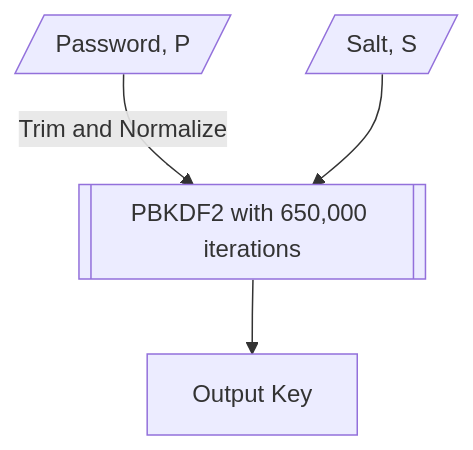
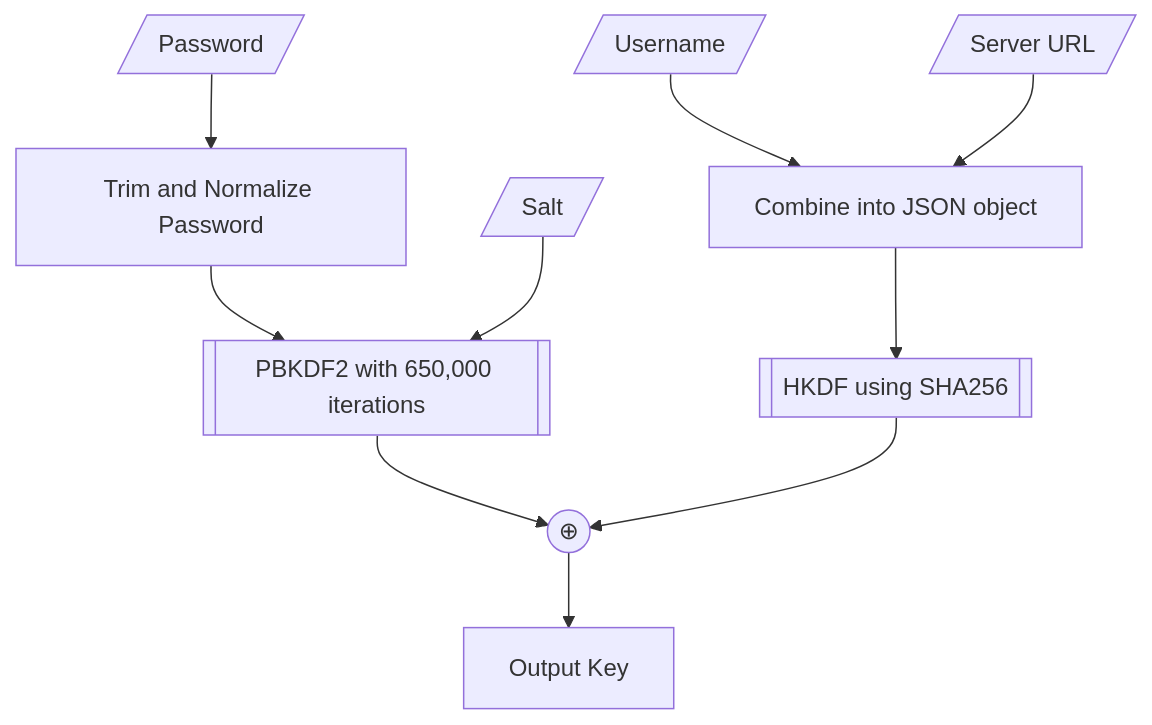
One commit to PhotonicGluon/Excalibur changed the diagram in website/docs/dev/keygen.md. Above: the diagram before and after it, drawn with Mermaid. The commit also changed other lines of this file and 7 other files, not shown here.

Commit message:
Changed keygen process to include username and API URL

````diff
--- a/website/docs/dev/keygen.md
+++ b/website/docs/dev/keygen.md
@@ -5,12 +7,25 @@
 ```mermaid
 flowchart TD
-    P[/Password, P/]
-    S[/Salt, S/]
+    P[/Password/]
+    S[/Salt/]
+    I[/Username/]
+    U[/Server URL/]
 
     PBKDF[[PBKDF2 with 650,000 iterations]]
+    HKDF[[HKDF using SHA256]]
 
-    P-->|Trim and Normalize|PBKDF
+    %% Password + Salt into PBKDF2
+    P-->TrimAndNorm[Trim and Normalize Password]
+    TrimAndNorm-->PBKDF
     S-->PBKDF
 
-    PBKDF-->OK[Output Key]
+    %% Identity and Server URL into HKDF
+    I-->Combine[Combine into JSON object]
+    U-->Combine
+    Combine-->HKDF
+
+    %% XOR HKDF output with PBKDF2 output
+    PBKDF-->XOR((⊕))
+    HKDF-->XOR
+    XOR-->OK[Output Key]
 ```
````
